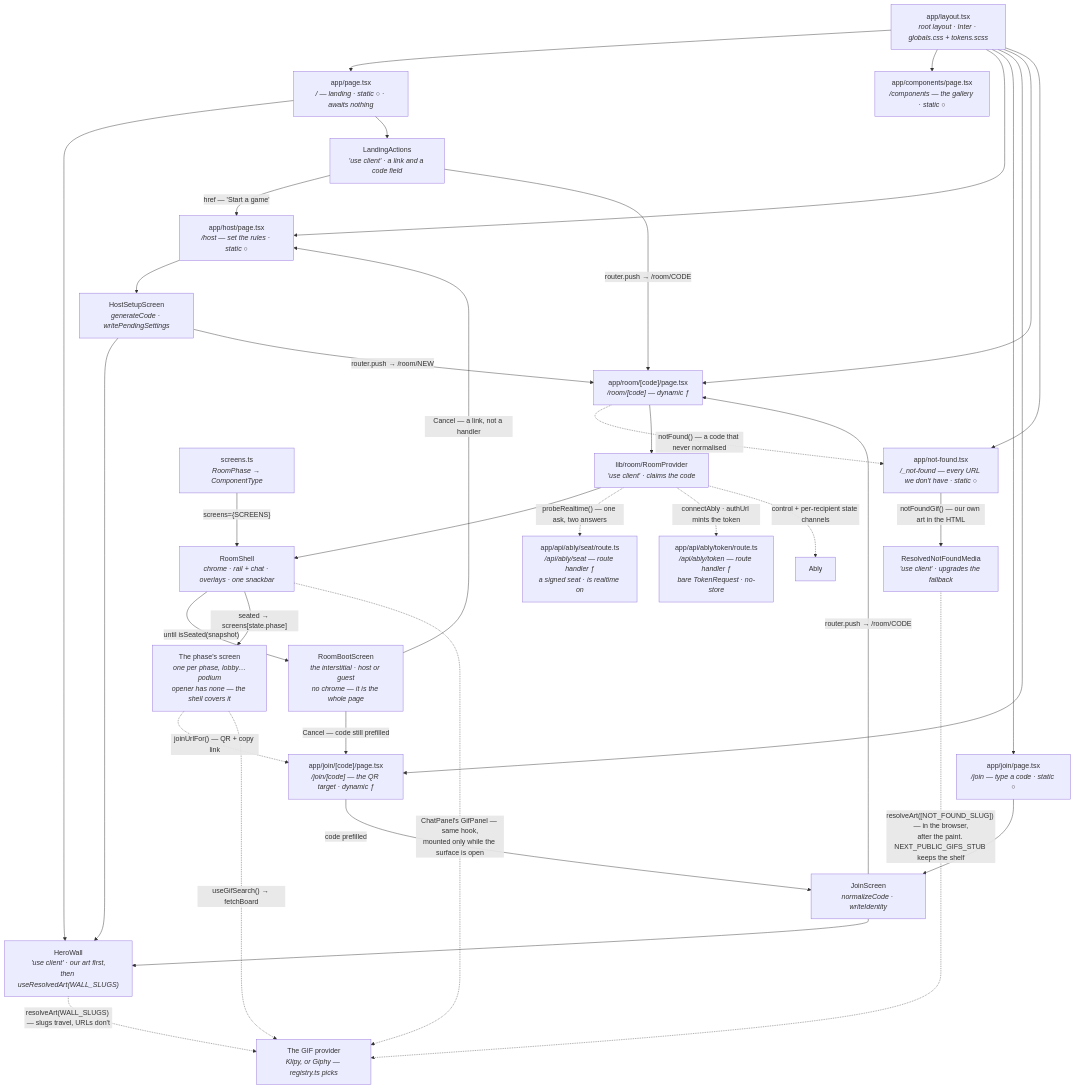
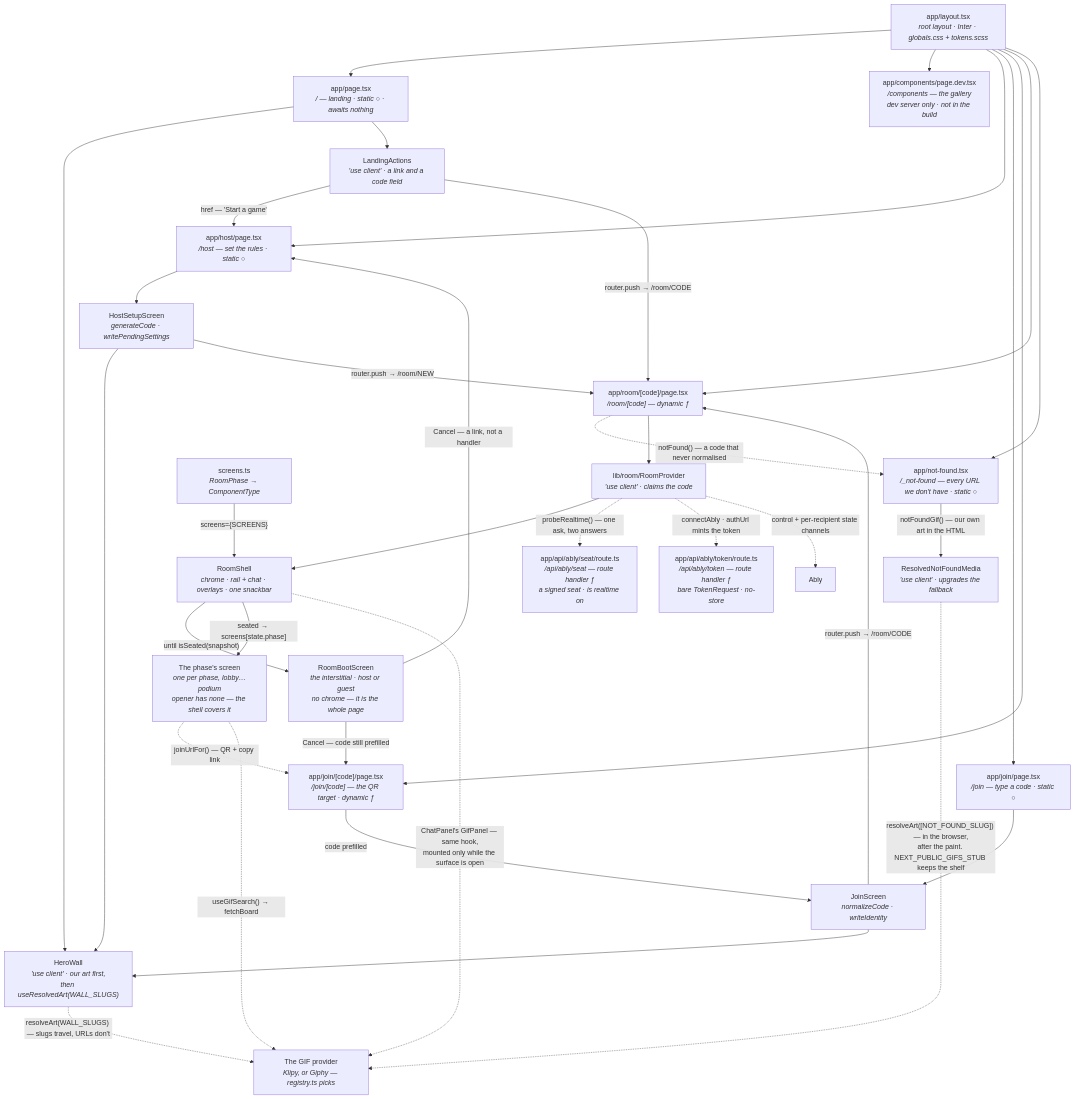
The first of 12 diagrams in docs/architecture.md (Jmeza081/captionist), drawn with Mermaid before and after one commit. The commit also changed other lines of this file and 18 other files, not shown here.

````diff
--- a/docs/architecture.md
+++ b/docs/architecture.md
@@ -673,60 +680,60 @@
 ```mermaid
 graph TD
   L["app/layout.tsx<br/><i>root layout · Inter · globals.css + tokens.scss</i>"]
   P["app/page.tsx<br/><i>/ — landing · static ○ · awaits nothing</i>"]
-  C["app/components/page.tsx<br/><i>/components — the gallery · static ○</i>"]
+  C["app/components/page.dev.tsx<br/><i>/components — the gallery<br/>dev server only · not in the build</i>"]
   H["app/host/page.tsx<br/><i>/host — set the rules · static ○</i>"]
   J["app/join/page.tsx<br/><i>/join — type a code · static ○</i>"]
   JC["app/join/[code]/page.tsx<br/><i>/join/[code] — the QR target · dynamic ƒ</i>"]
   R["app/room/[code]/page.tsx<br/><i>/room/[code] — dynamic ƒ</i>"]
   SE["app/api/ably/seat/route.ts<br/><i>/api/ably/seat — route handler ƒ<br/>a signed seat · is realtime on</i>"]
   TK["app/api/ably/token/route.ts<br/><i>/api/ably/token — route handler ƒ<br/>bare TokenRequest · no-store</i>"]
   AB["Ably"]
   NF["app/not-found.tsx<br/><i>/_not-found — every URL we don't have · static ○</i>"]
   NFM["ResolvedNotFoundMedia<br/><i>'use client' · upgrades the fallback</i>"]
   HW["HeroWall<br/><i>'use client' · our art first,<br/>then useResolvedArt(WALL_SLUGS)</i>"]
   GP["The GIF provider<br/><i>Klipy, or Giphy — registry.ts picks</i>"]
   LA["LandingActions<br/><i>'use client' · a link and a code field</i>"]
   HS["HostSetupScreen<br/><i>generateCode · writePendingSettings</i>"]
   JS["JoinScreen<br/><i>normalizeCode · writeIdentity</i>"]
   RP["lib/room/RoomProvider<br/><i>'use client' · claims the code</i>"]
   SH["RoomShell<br/><i>chrome · rail + chat · overlays · one snackbar</i>"]
   BT["RoomBootScreen<br/><i>the interstitial · host or guest<br/>no chrome — it is the whole page</i>"]
   SC["screens.ts<br/><i>RoomPhase → ComponentType</i>"]
   SCR["The phase's screen<br/><i>one per phase, lobby…podium<br/>opener has none — the shell covers it</i>"]
 
   L --> P
   L --> C
   L --> H
   L --> J
   L --> JC
   L --> R
   L --> NF
   R -.->|"notFound() — a code that never normalised"| NF
   NF -->|"notFoundGif() — our own art in the HTML"| NFM
   NFM -.->|"resolveArt([NOT_FOUND_SLUG]) — in the browser,<br/>after the paint. NEXT_PUBLIC_GIFS_STUB keeps the shelf"| GP
   P --> HW
   HS --> HW
   JS --> HW
   HW -.->|"resolveArt(WALL_SLUGS) — slugs travel, URLs don't"| GP
   P --> LA
   LA -->|"href — 'Start a game'"| H
   LA -->|"router.push → /room/CODE"| R
   H --> HS
   J --> JS
   JC -->|"code prefilled"| JS
   HS -->|"router.push → /room/NEW"| R
   JS -->|"router.push → /room/CODE"| R
   R --> RP --> SH
   RP -.->|"probeRealtime() — one ask, two answers"| SE
   RP -.->|"connectAbly · authUrl mints the token"| TK
   RP -.->|"control + per-recipient state channels"| AB
   SC -->|"screens={SCREENS}"| SH
   SH -->|"until isSeated(snapshot)"| BT
   BT -->|"Cancel — a link, not a handler"| H
   BT -->|"Cancel — code still prefilled"| JC
   SH -->|"seated → screens[state.phase]"| SCR
   SCR -.->|"joinUrlFor() — QR + copy link"| JC
   SCR -.->|"useGifSearch() → fetchBoard"| GP
   SH -.->|"ChatPanel's GifPanel — same hook,<br/>mounted only while the surface is open"| GP
 ```
````
